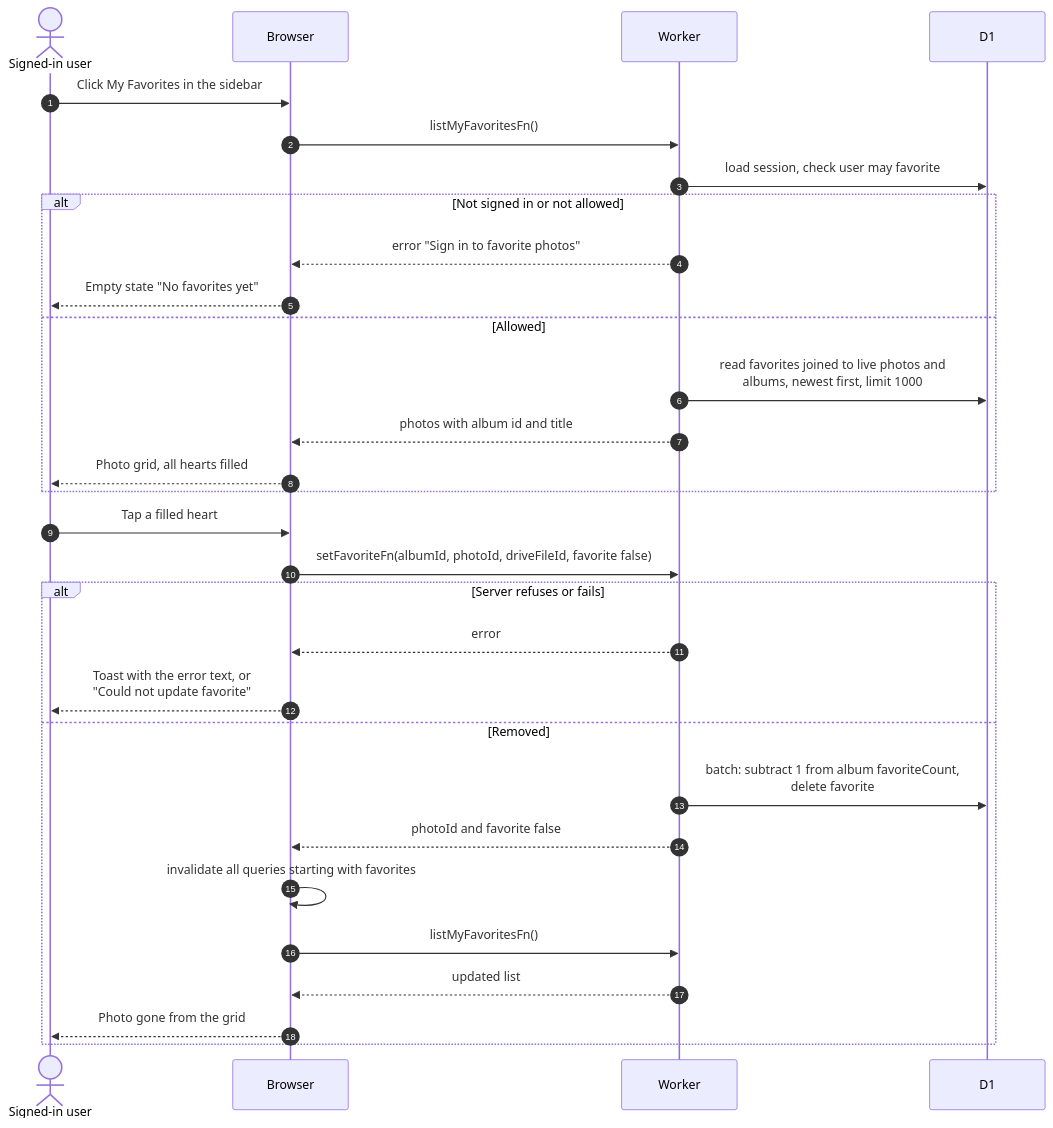
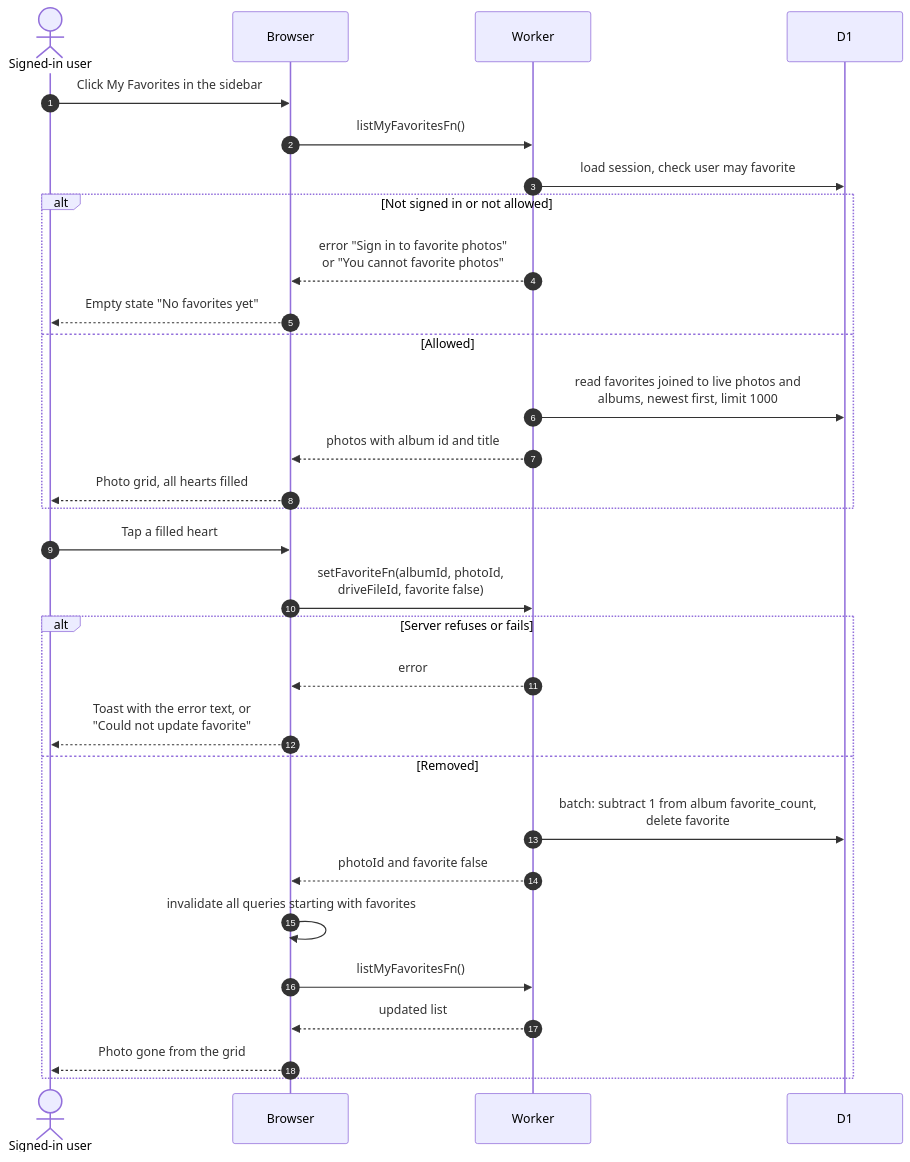
Before and after one commit to sagyzdop/meriksirat: the diagram in docs/scenarios/equipment/favorites-page.md, drawn with Mermaid. The commit also changed other lines of this file and 10 other files, not shown here.

Commit message:
docs(scenarios): verify equipment diagrams against the code

````diff
--- a/docs/scenarios/equipment/favorites-page.md
+++ b/docs/scenarios/equipment/favorites-page.md
@@ -24,32 +27,32 @@
 ```mermaid
 sequenceDiagram
     autonumber
     actor U as Signed-in user
     participant B as Browser
     participant W as Worker
     participant D as D1
     U->>B: Click My Favorites in the sidebar
     B->>W: listMyFavoritesFn()
     W->>D: load session, check user may favorite
     alt Not signed in or not allowed
-        W-->>B: error "Sign in to favorite photos"
+        W-->>B: error "Sign in to favorite photos"<br/>or "You cannot favorite photos"
         B-->>U: Empty state "No favorites yet"
     else Allowed
         W->>D: read favorites joined to live photos and<br/>albums, newest first, limit 1000
         W-->>B: photos with album id and title
         B-->>U: Photo grid, all hearts filled
     end
     U->>B: Tap a filled heart
-    B->>W: setFavoriteFn(albumId, photoId, driveFileId, favorite false)
+    B->>W: setFavoriteFn(albumId, photoId,<br/>driveFileId, favorite false)
     alt Server refuses or fails
         W-->>B: error
         B-->>U: Toast with the error text, or<br/>"Could not update favorite"
     else Removed
-        W->>D: batch: subtract 1 from album favoriteCount,<br/>delete favorite
+        W->>D: batch: subtract 1 from album favorite_count,<br/>delete favorite
         W-->>B: photoId and favorite false
         B->>B: invalidate all queries starting with favorites
         B->>W: listMyFavoritesFn()
         W-->>B: updated list
         B-->>U: Photo gone from the grid
     end
 ```
````
